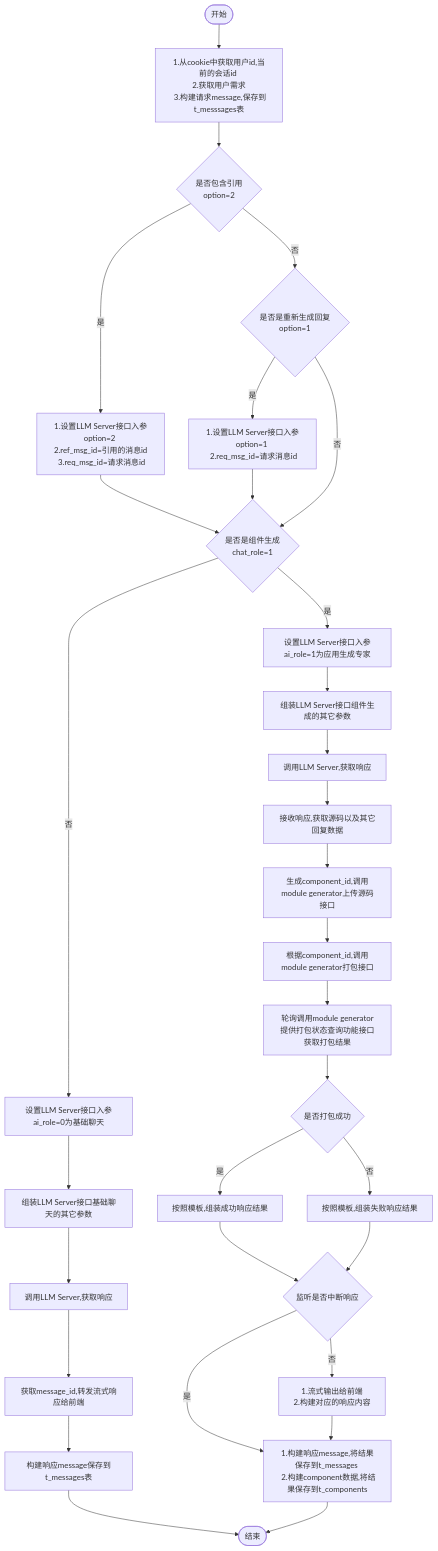
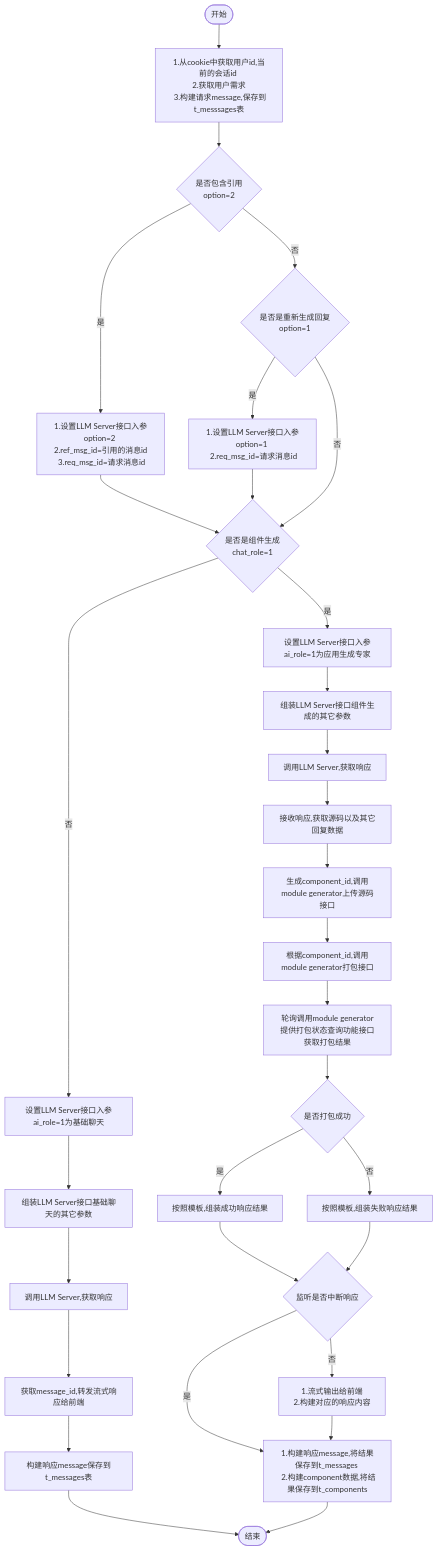
The diagram in all/w3-会话-不需要传递message.md (yingjianzh/iodraw-files), drawn with Mermaid before and after one commit.

Commit message:
2024-10-15 17:45:52 update

````diff
--- a/all/w3-会话-不需要传递message.md
+++ b/all/w3-会话-不需要传递message.md
@@ -1,37 +1,37 @@
 ```mermaid
 flowchart TD
     A([开始]) --> B[1.从cookie中获取用户id,当前的会话id \n 2.获取用户需求 \n 3.构建请求message,保存到t_messsages表]
     B--> D{是否包含引用 \n option=2}
     D -- 是 --> E[1.设置LLM Server接口入参option=2 \n 2.ref_msg_id=引用的消息id \n 3.req_msg_id=请求消息id]
     D -- 否 --> F{是否是重新生成回复\n option=1}
     F -- 是 --> G[1.设置LLM Server接口入参option=1 \n 2.req_msg_id=请求消息id]
     F -- 否 --> I
      
     E & G --> I{是否是组件生成 \n chat_role=1}
-    I -- 否 --> K[设置LLM Server接口入参ai_role=0为基础聊天]
+    I -- 否 --> K[设置LLM Server接口入参ai_role=1为基础聊天]
     I -- 是 --> J[设置LLM Server接口入参ai_role=1为应用生成专家]
     
 
     J --> L[组装LLM Server接口组件生成的其它参数]    
     K --> M[组装LLM Server接口基础聊天的其它参数]    
     M --> N[调用LLM Server,获取响应]    
     N --> O[获取message_id,转发流式响应给前端]
     O --> P[构建响应message保存到t_messages表]
     P --> R([结束])
 
 
     L --> S[调用LLM Server,获取响应]
     S --> T[接收响应,获取源码以及其它回复数据]
     T --> U[生成component_id,调用module generator上传源码接口]
     U --> V[根据component_id,调用module generator打包接口]
     V --> W[轮询调用module generator提供打包状态查询功能接口获取打包结果]
     W --> X{是否打包成功}
     X -- 是 --> Y[按照模板,组装成功响应结果]
     X -- 否 --> Z[按照模板,组装失败响应结果]
     Y & Z --> Done{监听是否中断响应}
     Done -- 是 --> Result
     Done -- 否 --> OutPut[1.流式输出给前端 \n 2.构建对应的响应内容]
 
     OutPut --> Result[1.构建响应message,将结果保存到t_messages \n 2.构建component数据,将结果保存到t_components]
     Result --> R
 ```
````
